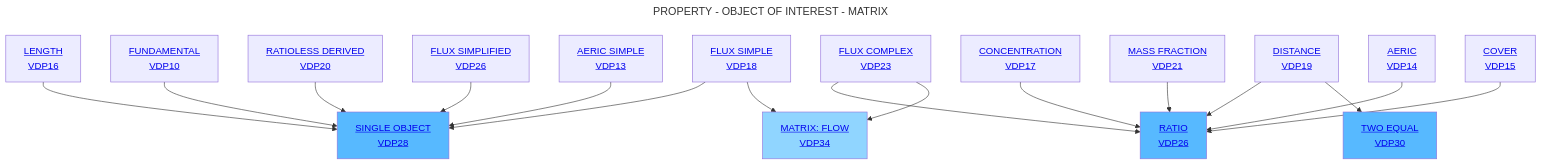
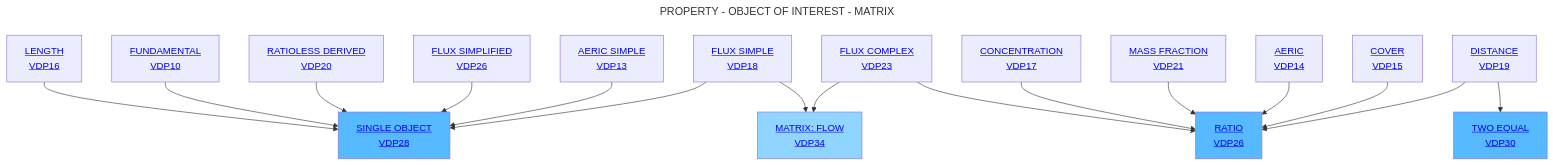
The diagram in Decisition_trees/DT6.mmd (mabablue/I-ADOPT-patterns-playground), drawn with Mermaid before and after one commit.

```diff
--- a/Decisition_trees/DT6.mmd
+++ b/Decisition_trees/DT6.mmd
@@ -1,22 +1,23 @@
 ---
 title: PROPERTY - OBJECT OF INTEREST - MATRIX
 ---
 flowchart TD
     A[<a href='https://github.com/mabablue/I-ADOPT-patterns-playground/blob/main/pattern/VDP16.yaml'>LENGTH <br> VDP16</a>] --> C[<a href='https://github.com/mabablue/I-ADOPT-patterns-playground/blob/main/pattern/VDP28.yaml'>SINGLE OBJECT <br> VDP28</a>]:::satblue
     B[<a href='https://github.com/mabablue/I-ADOPT-patterns-playground/blob/main/pattern/VDP10.yaml'>FUNDAMENTAL <br> VDP10</a>]  --> C
     D[<a href='https://github.com/mabablue/I-ADOPT-patterns-playground/blob/main/pattern/VDP20.yaml'>RATIOLESS DERIVED <br> VDP20</a>] --> C
     E[<a href='https://github.com/mabablue/I-ADOPT-patterns-playground/blob/main/pattern/VDP20.yaml'>FLUX SIMPLIFIED <br> VDP26</a>] --> C
     H[<a href='https://github.com/mabablue/I-ADOPT-patterns-playground/blob/main/pattern/VDP13.yaml'>AERIC SIMPLE <br> VDP13</a>] --> C
     I[<a href='https://github.com/mabablue/I-ADOPT-patterns-playground/blob/main/pattern/VDP23.yaml'>FLUX COMPLEX <br> VDP23</a>] --> F  
-    G[<a href='https://github.com/mabablue/I-ADOPT-patterns-playground/blob/main/pattern/VDP23.yaml'>DISTANCE <br> VDP19</a>] --> F 
-    G --> R[<a href='https://github.com/mabablue/I-ADOPT-patterns-playground/blob/main/pattern/VDP30.yaml'>TWO EQUAL <br> VDP30</a>]:::satblue
+
     M[<a href='https://github.com/mabablue/I-ADOPT-patterns-playground/blob/main/pattern/VDP17.yaml'>CONCENTRATION <br> VDP17</a>] --> F
     L[<a href='https://github.com/mabablue/I-ADOPT-patterns-playground/blob/main/pattern/VDP21.yaml'>MASS FRACTION <br> VDP21</a>] --> F[<a href='https://github.com/mabablue/I-ADOPT-patterns-playground/blob/main/pattern/VDP26.yaml'>RATIO <br> VDP26</a>]:::satblue
     Q[<a href='https://github.com/mabablue/I-ADOPT-patterns-playground/blob/main/pattern/VDP18.yaml'>FLUX SIMPLE <br> VDP18</a>] --> C
     O[<a href='https://github.com/mabablue/I-ADOPT-patterns-playground/blob/main/pattern/VDP14.yaml'>AERIC <br> VDP14</a>] --> F
     P[<a href='https://github.com/mabablue/I-ADOPT-patterns-playground/blob/main/pattern/VDP15.yaml'>COVER <br> VDP15</a>] --> F
     Q --> K[<a href='https://github.com/mabablue/I-ADOPT-patterns-playground/blob/main/pattern/VDP34.yaml'>MATRIX: FLOW <br> VDP34</a>]:::blue
+    G[<a href='https://github.com/mabablue/I-ADOPT-patterns-playground/blob/main/pattern/VDP23.yaml'>DISTANCE <br> VDP19</a>] --> F 
+    G --> R[<a href='https://github.com/mabablue/I-ADOPT-patterns-playground/blob/main/pattern/VDP30.yaml'>TWO EQUAL <br> VDP30</a>]:::satblue
     I --> K
 
    classDef blue fill:#90D5FF
    classDef satblue fill:#57B9FF
```
